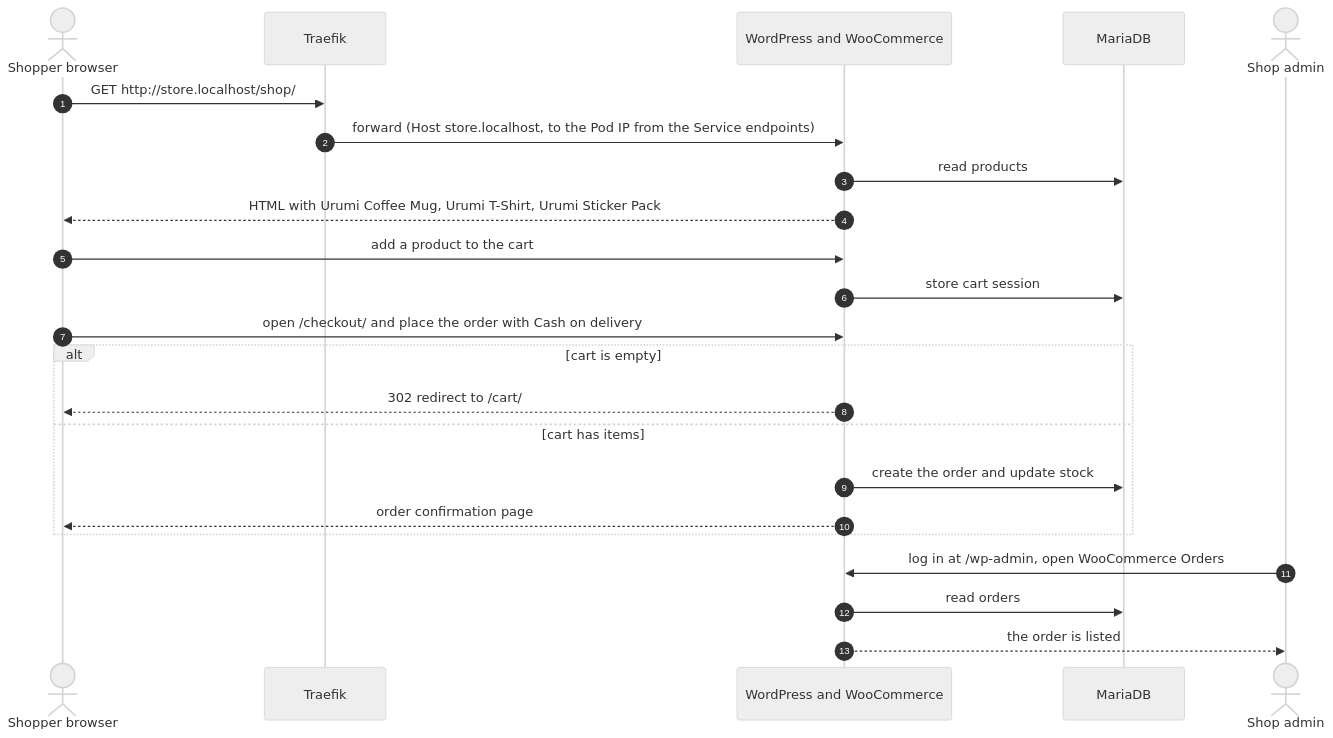
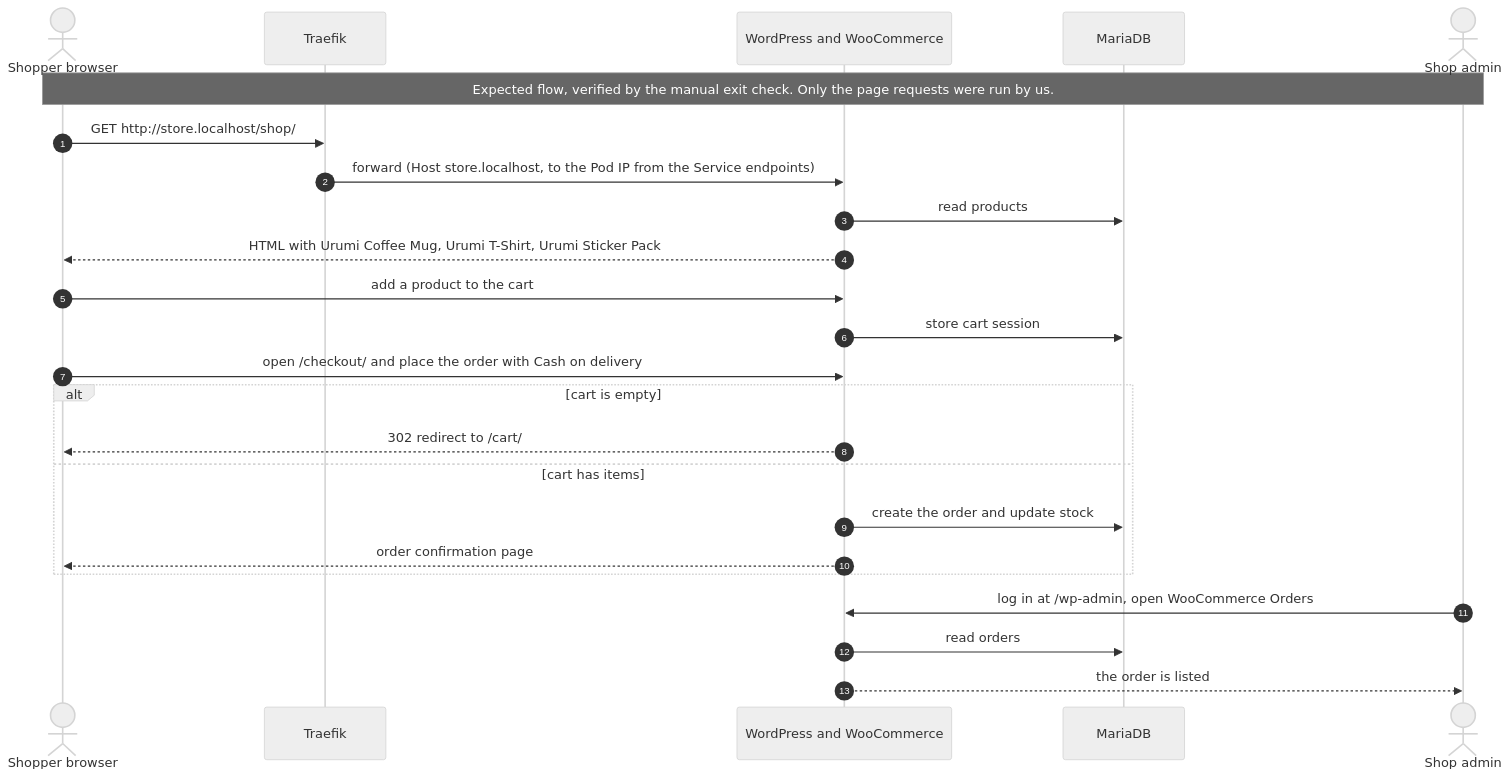
The third of 5 diagrams in docs/workflows.md (tushar66sharma/MCP-Gateway-on-Kubernetes), drawn with Mermaid (neutral theme) before and after one commit. The commit also changed other lines of this file and 9 other files, not shown here.

````diff
--- a/docs/workflows.md
+++ b/docs/workflows.md
@@ -137,26 +137,27 @@
 ```mermaid
 sequenceDiagram
     autonumber
     actor S as Shopper browser
     participant T as Traefik
     participant W as WordPress and WooCommerce
     participant M as MariaDB
     actor A as Shop admin
 
+    Note over S,A: Expected flow, verified by the manual exit check. Only the page requests were run by us.
     S->>T: GET http://store.localhost/shop/
     T->>W: forward (Host store.localhost, to the Pod IP from the Service endpoints)
     W->>M: read products
     W-->>S: HTML with Urumi Coffee Mug, Urumi T-Shirt, Urumi Sticker Pack
     S->>W: add a product to the cart
     W->>M: store cart session
     S->>W: open /checkout/ and place the order with Cash on delivery
     alt cart is empty
         W-->>S: 302 redirect to /cart/
     else cart has items
         W->>M: create the order and update stock
         W-->>S: order confirmation page
     end
     A->>W: log in at /wp-admin, open WooCommerce Orders
     W->>M: read orders
     W-->>A: the order is listed
 ```
````
